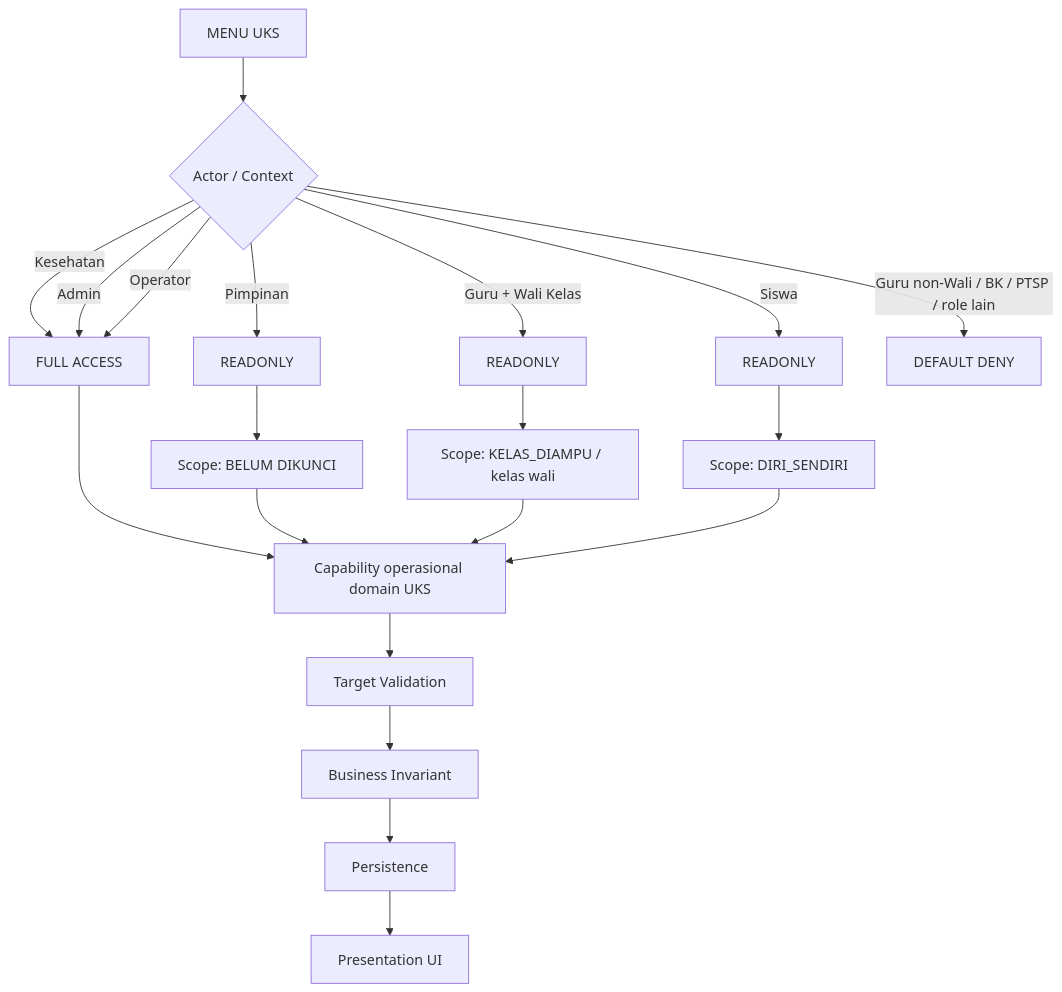
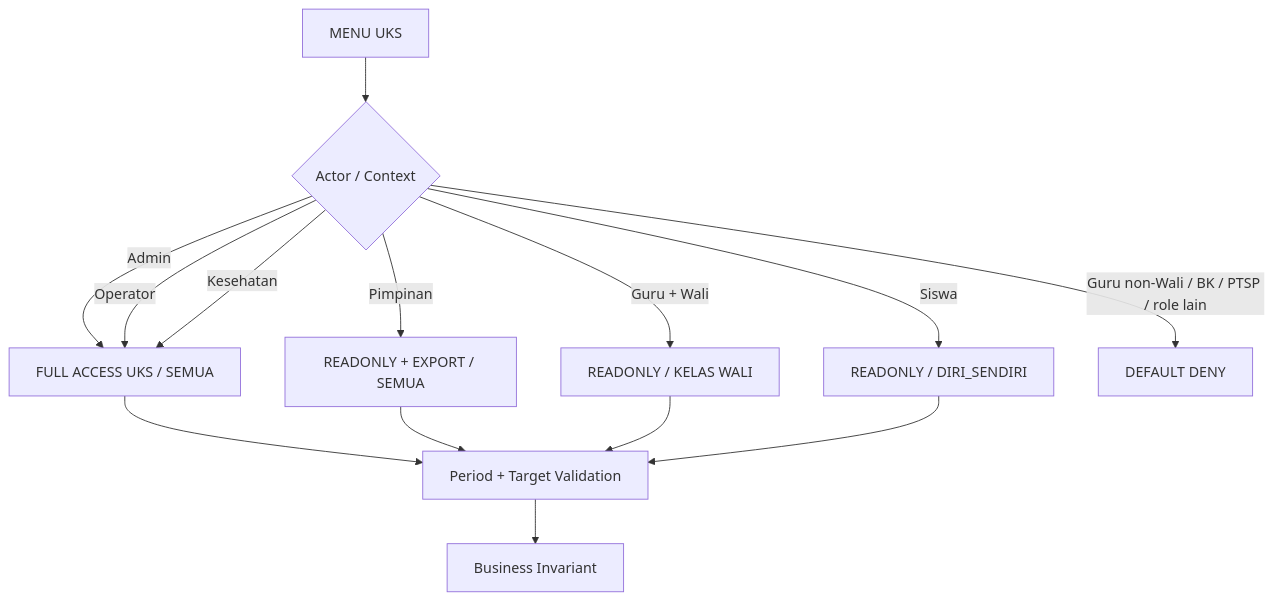
One commit to Al-Faroz/sisfour_dev_v2 changed the third of 13 diagrams in docs/00A_GLOBAL_STANDARD_SISFOUR.md. Above: the diagram before and after it, drawn with Mermaid. The commit also changed other lines of this file, not shown here.

Commit message:
docs(global): align Global Standard with UKS and PTSP contracts

````diff
--- a/docs/00A_GLOBAL_STANDARD_SISFOUR.md
+++ b/docs/00A_GLOBAL_STANDARD_SISFOUR.md
@@ -414,29 +228,20 @@
 ```mermaid
 flowchart TD
     A["MENU UKS"] --> B{"Actor / Context"}
 
-    B -- "Kesehatan" --> C["FULL ACCESS"]
-    B -- "Admin" --> C
-    B -- "Operator" --> C
+    B -- "Admin" --> F["FULL ACCESS UKS / SEMUA"]
+    B -- "Operator" --> F
+    B -- "Kesehatan" --> F
 
-    B -- "Pimpinan" --> D["READONLY"]
-    D --> D1["Scope: BELUM DIKUNCI"]
-
-    B -- "Guru + Wali Kelas" --> E["READONLY"]
-    E --> E1["Scope: KELAS_DIAMPU / kelas wali"]
-
-    B -- "Siswa" --> F["READONLY"]
-    F --> F1["Scope: DIRI_SENDIRI"]
+    B -- "Pimpinan" --> P["READONLY + EXPORT / SEMUA"]
+    B -- "Guru + Wali" --> W["READONLY / KELAS WALI"]
+    B -- "Siswa" --> S["READONLY / DIRI_SENDIRI"]
 
     B -- "Guru non-Wali / BK / PTSP / role lain" --> X["DEFAULT DENY"]
 
-    C --> G["Capability operasional domain UKS"]
-    D1 --> G
-    E1 --> G
-    F1 --> G
-
-    G --> H["Target Validation"]
-    H --> I["Business Invariant"]
-    I --> J["Persistence"]
-    J --> K["Presentation UI"]
+    F --> V["Period + Target Validation"]
+    P --> V
+    W --> V
+    S --> V
+    V --> I["Business Invariant"]
 ```
````
